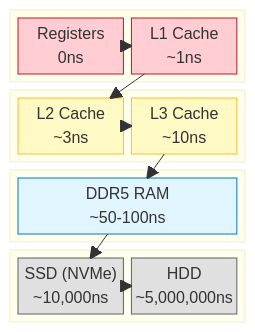
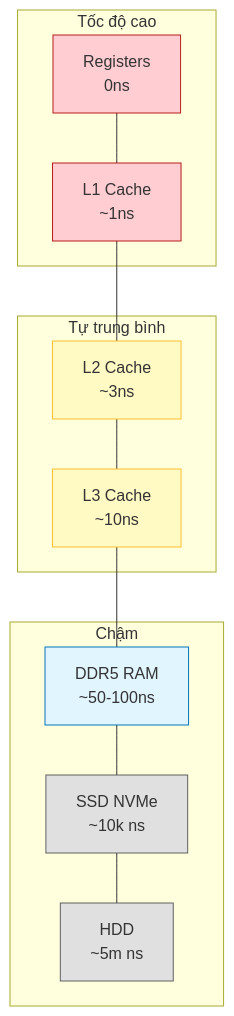
Before and after one commit to QuyGDb/high-performance-: the second of 5 diagrams in Assets/Documentation/ComputerArchitecture/ComputerArchitecture_Ch1_2.md, drawn with Mermaid. The commit also changed other lines of this file and 7 other files, not shown here.

````diff
--- a/Assets/Documentation/ComputerArchitecture/ComputerArchitecture_Ch1_2.md
+++ b/Assets/Documentation/ComputerArchitecture/ComputerArchitecture_Ch1_2.md
@@ -1427,38 +1389,25 @@
 ```mermaid
-block-beta
-    columns 1
-    
-    block:HighSpeed
-        registers["Registers<br/>0ns"]
-        l1["L1 Cache<br/>~1ns"]
+graph TD
+    subgraph High_Speed ["Tốc độ cao"]
+        Reg["Registers<br/>0ns"] --- L1["L1 Cache<br/>~1ns"]
     end
     
-    block:MediumSpeed
-        l2["L2 Cache<br/>~3ns"]
-        l3["L3 Cache<br/>~10ns"]
+    subgraph Medium_Speed ["Tự trung bình"]
+        L2["L2 Cache<br/>~3ns"] --- L3["L3 Cache<br/>~10ns"]
     end
     
-    block:MainMemory
-        ram["DDR5 RAM<br/>~50-100ns"]
-    end
-    
-    block:Storage
-        ssd["SSD (NVMe)<br/>~10,000ns"]
-        hdd["HDD<br/>~5,000,000ns"]
+    subgraph Slow_Speed ["Chậm"]
+        RAM["DDR5 RAM<br/>~50-100ns"] --- SSD["SSD NVMe<br/>~10k ns"] --- HDD["HDD<br/>~5m ns"]
     end
 
-    registers --> l1
-    l1 --> l2
-    l2 --> l3
-    l3 --> ram
-    ram --> ssd
-    ssd --> hdd
+    L1 --- L2
+    L3 --- RAM
 
-    style registers fill:#ffcdd2,stroke:#b71c1c
-    style l1 fill:#ffcdd2,stroke:#b71c1c
-    style l2 fill:#fff9c4,stroke:#fbc02d
-    style l3 fill:#fff9c4,stroke:#fbc02d
-    style ram fill:#e1f5fe,stroke:#0277bd
-    style ssd fill:#e0e0e0,stroke:#616161
-    style hdd fill:#e0e0e0,stroke:#616161
+    style Reg fill:#ffcdd2,stroke:#b71c1c
+    style L1 fill:#ffcdd2,stroke:#b71c1c
+    style L2 fill:#fff9c4,stroke:#fbc02d
+    style L3 fill:#fff9c4,stroke:#fbc02d
+    style RAM fill:#e1f5fe,stroke:#0277bd
+    style SSD fill:#e0e0e0,stroke:#616161
+    style HDD fill:#e0e0e0,stroke:#616161
 ```
````
